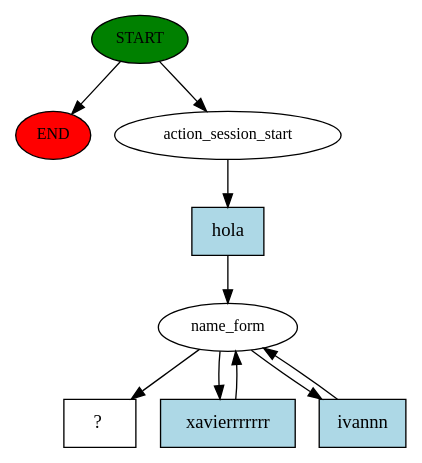
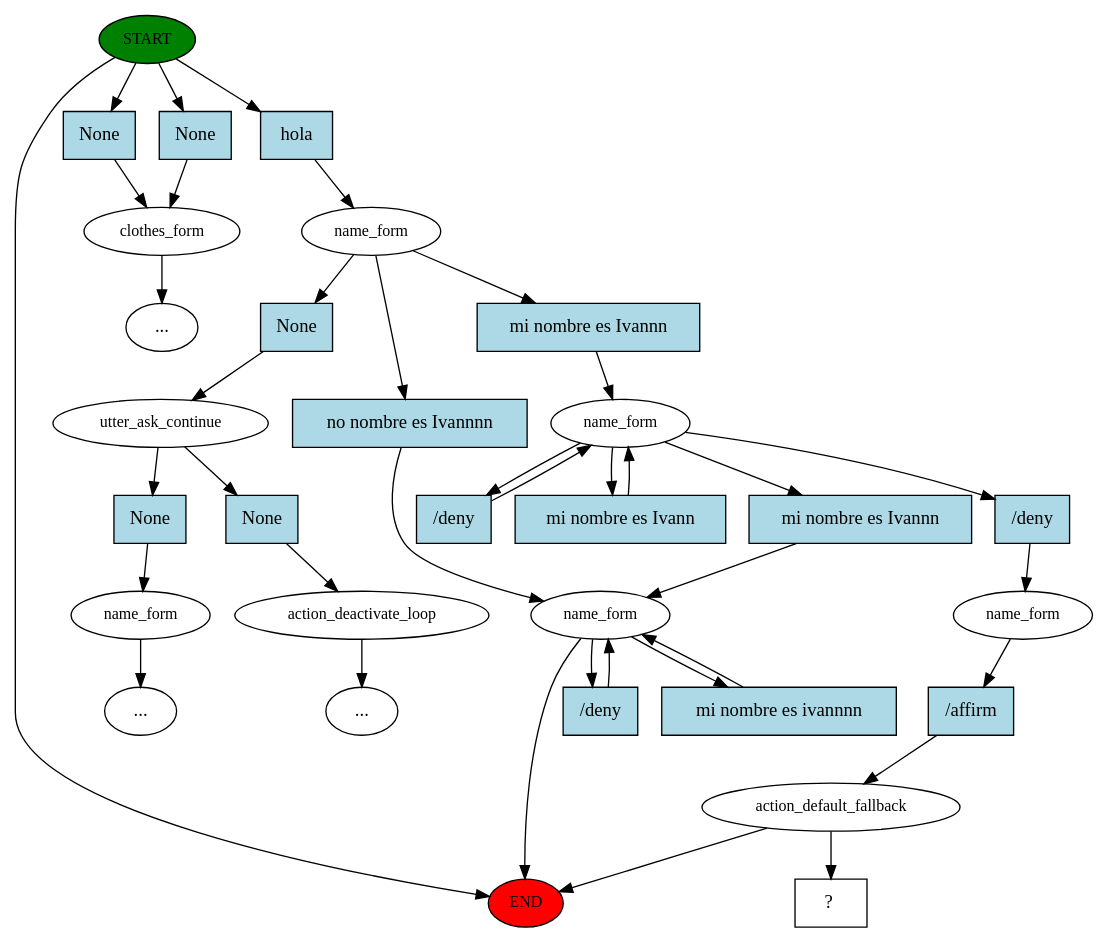
One commit to kabirivan/Ecommerce-Assistant-Jasmine changed the diagram in story_graph.dot. Above: the diagram before and after it, drawn with Graphviz. The commit also changed 4 other files, not shown here.

```diff
--- a/story_graph.dot
+++ b/story_graph.dot
@@ -1,19 +1,69 @@
 digraph  {
 0 [class="start active", fillcolor=green, fontsize=12, label=START, style=filled];
 "-1" [class=end, fillcolor=red, fontsize=12, label=END, style=filled];
-1 [class=active, fontsize=12, label=action_session_start];
-2 [class=active, fontsize=12, label=name_form];
-7 [class="intent dashed active", label="  ?  ", shape=rect];
-8 [class="intent active", fillcolor=lightblue, label=hola, shape=rect, style=filled];
-9 [class="intent active", fillcolor=lightblue, label=xavierrrrrrr, shape=rect, style=filled];
-10 [class="intent active", fillcolor=lightblue, label=ivannn, shape=rect, style=filled];
+1 [class="", fontsize=12, label=clothes_form];
+"-5" [class=ellipsis, label="..."];
+4 [class=active, fontsize=12, label=name_form];
+5 [class="", fontsize=12, label=utter_ask_continue];
+6 [class="", fontsize=12, label=name_form];
+"-6" [class=ellipsis, label="..."];
+9 [class="", fontsize=12, label=action_deactivate_loop];
+"-7" [class=ellipsis, label="..."];
+11 [class="", fontsize=12, label=name_form];
+16 [class=active, fontsize=12, label=name_form];
+28 [class=active, fontsize=12, label=name_form];
+29 [class=active, fontsize=12, label=action_default_fallback];
+35 [class="intent dashed active", label="  ?  ", shape=rect];
+36 [class=intent, fillcolor=lightblue, label=None, shape=rect, style=filled];
+37 [class=intent, fillcolor=lightblue, label=None, shape=rect, style=filled];
+38 [class="intent active", fillcolor=lightblue, label=hola, shape=rect, style=filled];
+39 [class=intent, fillcolor=lightblue, label=None, shape=rect, style=filled];
+40 [class=intent, fillcolor=lightblue, label="no nombre es Ivannnn", shape=rect, style=filled];
+41 [class="intent active", fillcolor=lightblue, label="mi nombre es Ivannn", shape=rect, style=filled];
+42 [class=intent, fillcolor=lightblue, label=None, shape=rect, style=filled];
+43 [class=intent, fillcolor=lightblue, label=None, shape=rect, style=filled];
+44 [class=intent, fillcolor=lightblue, label="/deny", shape=rect, style=filled];
+45 [class=intent, fillcolor=lightblue, label="mi nombre es ivannnn", shape=rect, style=filled];
+46 [class="intent active", fillcolor=lightblue, label="/deny", shape=rect, style=filled];
+47 [class=intent, fillcolor=lightblue, label="mi nombre es Ivann", shape=rect, style=filled];
+48 [class=intent, fillcolor=lightblue, label="mi nombre es Ivannn", shape=rect, style=filled];
+49 [class="intent active", fillcolor=lightblue, label="/deny", shape=rect, style=filled];
+50 [class="intent active", fillcolor=lightblue, label="/affirm", shape=rect, style=filled];
 0 -> "-1"  [class="", key=NONE, label=""];
-0 -> 1  [class=active, key=NONE, label=""];
-1 -> 8  [class=active, key=0];
-2 -> 7  [class=active, key=NONE, label=""];
-2 -> 9  [class=active, key=0];
-2 -> 10  [class=active, key=0];
-8 -> 2  [class=active, key=0];
-9 -> 2  [class=active, key=0];
-10 -> 2  [class=active, key=0];
+0 -> 36  [class="", key=0];
+0 -> 37  [class="", key=0];
+0 -> 38  [class=active, key=0];
+1 -> "-5"  [class="", key=NONE, label=""];
+4 -> 39  [class="", key=0];
+4 -> 40  [class="", key=0];
+4 -> 41  [class=active, key=0];
+5 -> 42  [class="", key=0];
+5 -> 43  [class="", key=0];
+6 -> "-6"  [class="", key=NONE, label=""];
+9 -> "-7"  [class="", key=NONE, label=""];
+11 -> "-1"  [class="", key=NONE, label=""];
+11 -> 44  [class="", key=0];
+11 -> 45  [class="", key=0];
+16 -> 46  [class=active, key=0];
+16 -> 47  [class="", key=0];
+16 -> 48  [class="", key=0];
+16 -> 49  [class=active, key=0];
+28 -> 50  [class=active, key=0];
+29 -> "-1"  [class="", key=NONE, label=""];
+29 -> 35  [class=active, key=NONE, label=""];
+36 -> 1  [class="", key=0];
+37 -> 1  [class="", key=0];
+38 -> 4  [class=active, key=0];
+39 -> 5  [class="", key=0];
+40 -> 11  [class="", key=0];
+41 -> 16  [class=active, key=0];
+42 -> 6  [class="", key=0];
+43 -> 9  [class="", key=0];
+44 -> 11  [class="", key=0];
+45 -> 11  [class="", key=0];
+46 -> 16  [class=active, key=0];
+47 -> 16  [class="", key=0];
+48 -> 11  [class="", key=0];
+49 -> 28  [class=active, key=0];
+50 -> 29  [class=active, key=0];
 }
```
